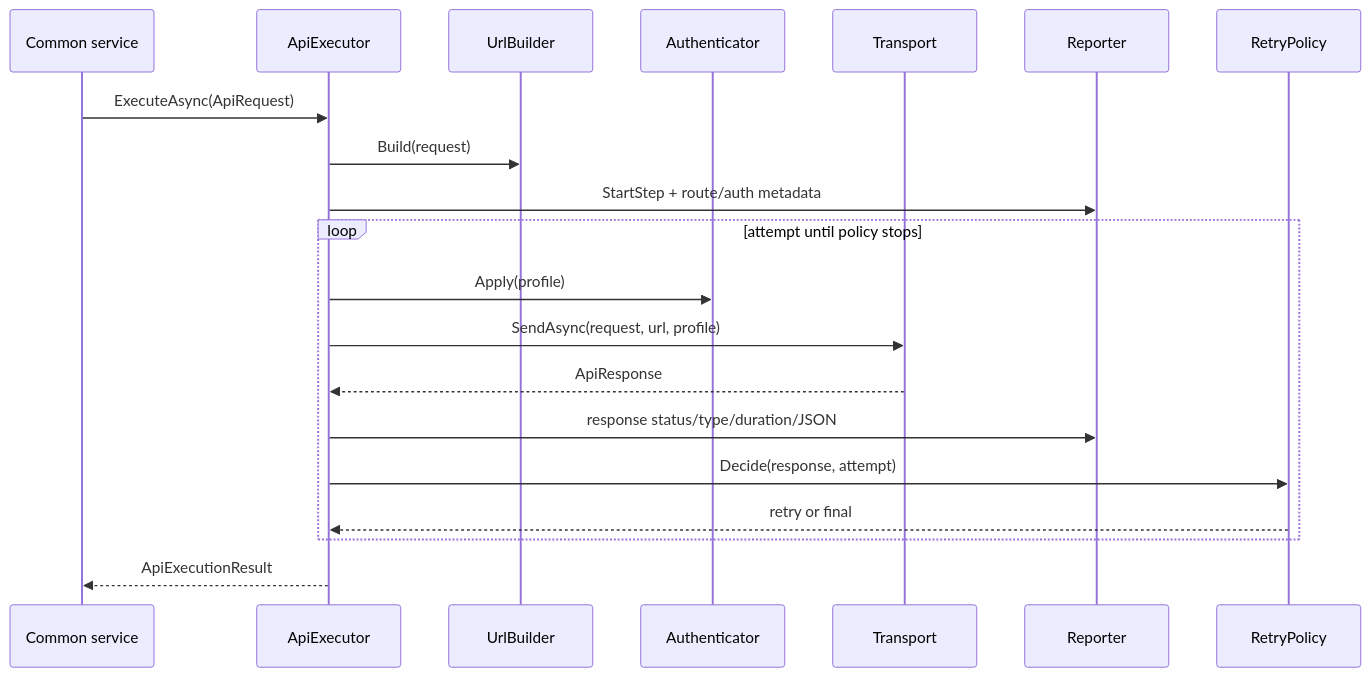
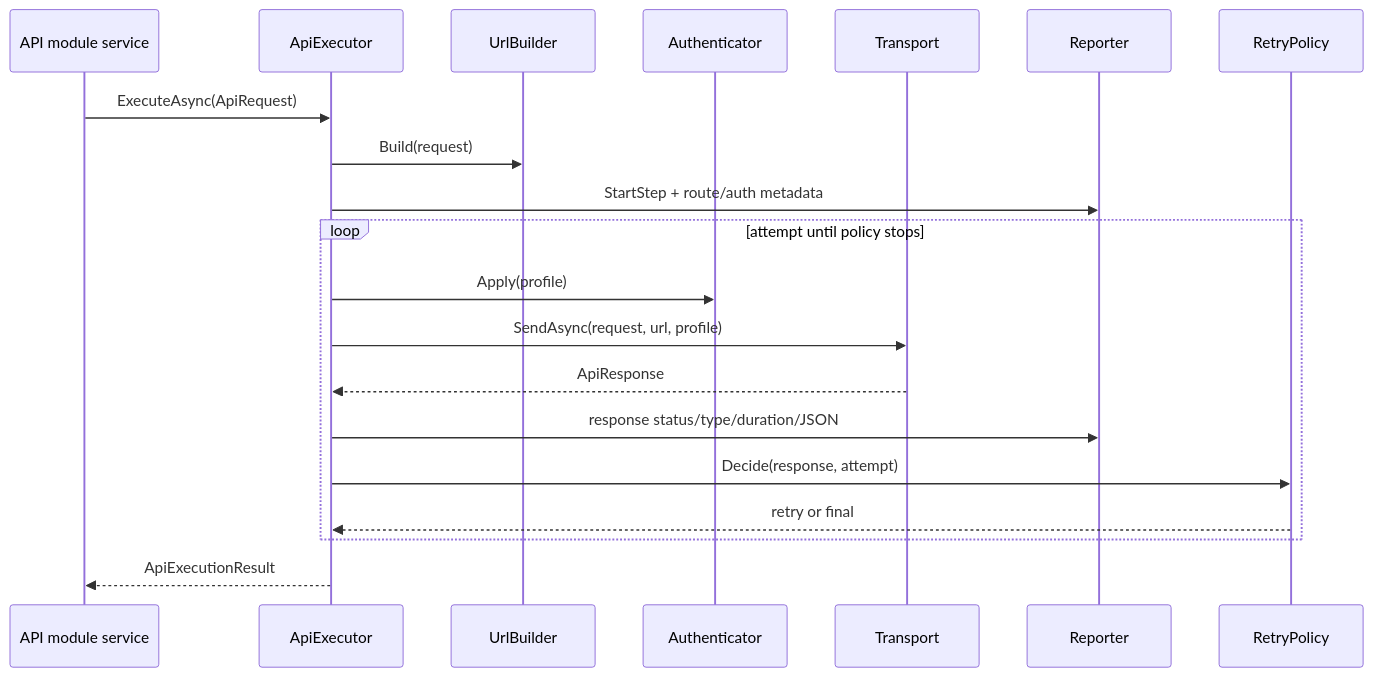
The second of 4 diagrams in Atf.Core/README.md (crististefanita/CS1), drawn with Mermaid before and after one commit. The commit also changed other lines of this file and 210 other files, not shown here.

````diff
--- a/Atf.Core/README.md
+++ b/Atf.Core/README.md
@@ -42,23 +77,23 @@
 ```mermaid
 sequenceDiagram
-    participant Caller as Common service
+    participant Caller as API module service
     participant X as ApiExecutor
     participant U as UrlBuilder
     participant A as Authenticator
     participant T as Transport
     participant R as Reporter
     participant P as RetryPolicy
 
     Caller->>X: ExecuteAsync(ApiRequest)
     X->>U: Build(request)
     X->>R: StartStep + route/auth metadata
     loop attempt until policy stops
         X->>A: Apply(profile)
         X->>T: SendAsync(request, url, profile)
         T-->>X: ApiResponse
         X->>R: response status/type/duration/JSON
         X->>P: Decide(response, attempt)
         P-->>X: retry or final
     end
     X-->>Caller: ApiExecutionResult
 ```
````
